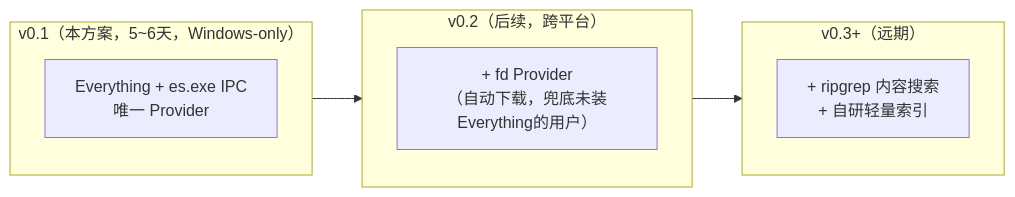
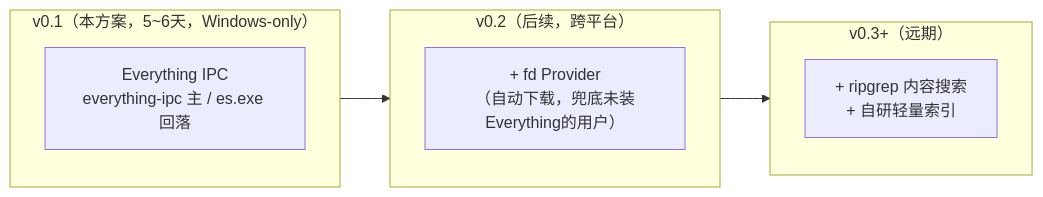
The first of 3 diagrams in docs/search-file.md (Yang-SH/dd-run), drawn with Mermaid before and after one commit. The commit also changed other lines of this file and 7 other files, not shown here.

First line of the commit message:
feat(filesearch): IPC 直连主通道 + es.exe 回落，清理文档 es.exe/HTTP 误导描述（v3.3 P2）

````diff
--- a/docs/search-file.md
+++ b/docs/search-file.md
@@ -31,13 +50,13 @@
 ```mermaid
 flowchart LR
     subgraph v0.1["v0.1（本方案，5~6天，Windows-only）"]
-        A1["Everything + es.exe IPC<br>唯一 Provider"]
+        A1["Everything IPC<br>everything-ipc 主 / es.exe 回落"]
     end
     subgraph v0.2["v0.2（后续，跨平台）"]
         A2["+ fd Provider<br>（自动下载，兜底未装Everything的用户）"]
     end
     subgraph v0.3["v0.3+（远期）"]
         A3["+ ripgrep 内容搜索<br>+ 自研轻量索引"]
     end
     v0.1 --> v0.2 --> v0.3
 ```
````
